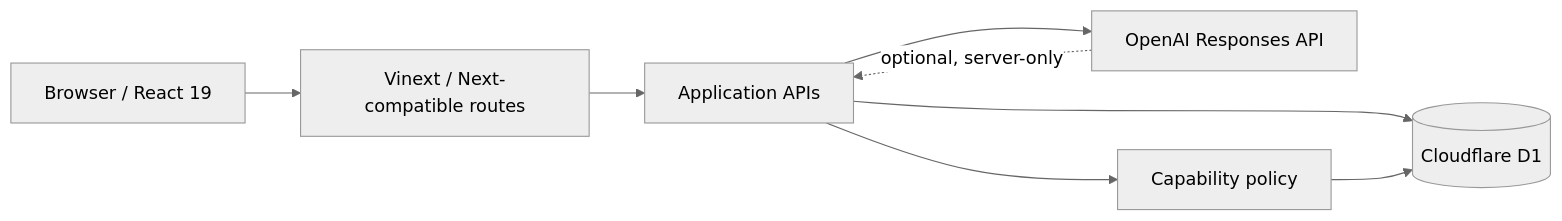
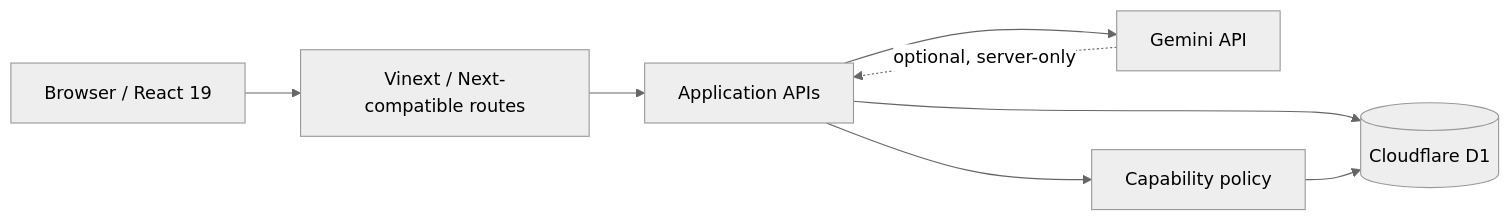
Before and after one commit to ThanhNT2k/NIC-AI: the third of 3 diagrams in README.md, drawn with Mermaid (neutral theme). The commit also changed other lines of this file and 23 other files, not shown here.

````diff
--- a/README.md
+++ b/README.md
@@ -179,10 +180,10 @@
 ```mermaid
 flowchart LR
     B[Browser / React 19] --> V[Vinext / Next-compatible routes]
     V --> A[Application APIs]
     A --> D[(Cloudflare D1)]
-    A --> O[OpenAI Responses API]
+    A --> O[Gemini API]
     A --> P[Capability policy]
     P --> D
     O -. optional, server-only .-> A
 ```
````
